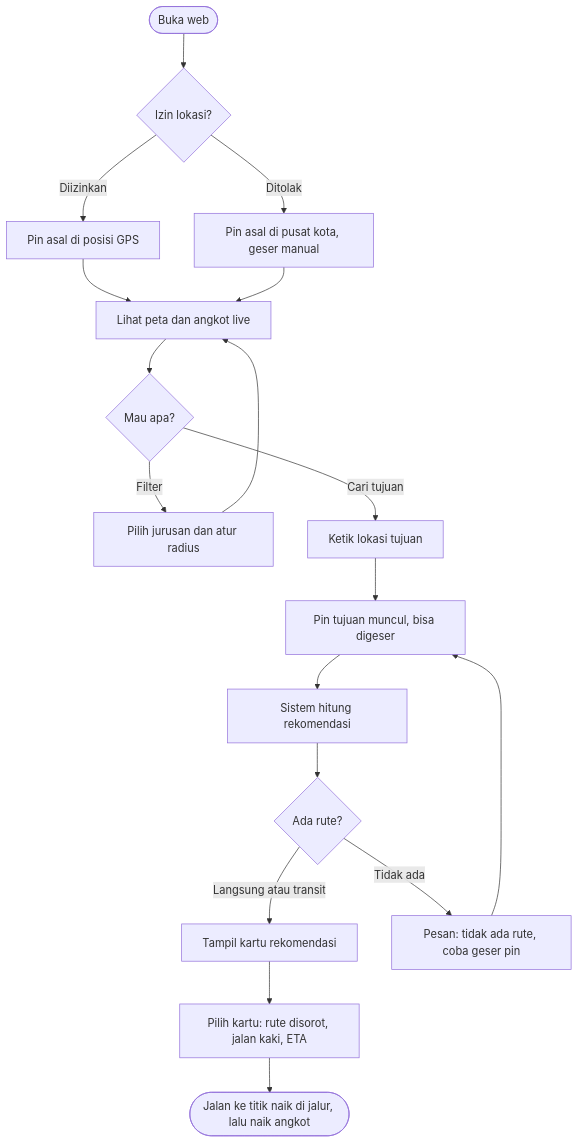
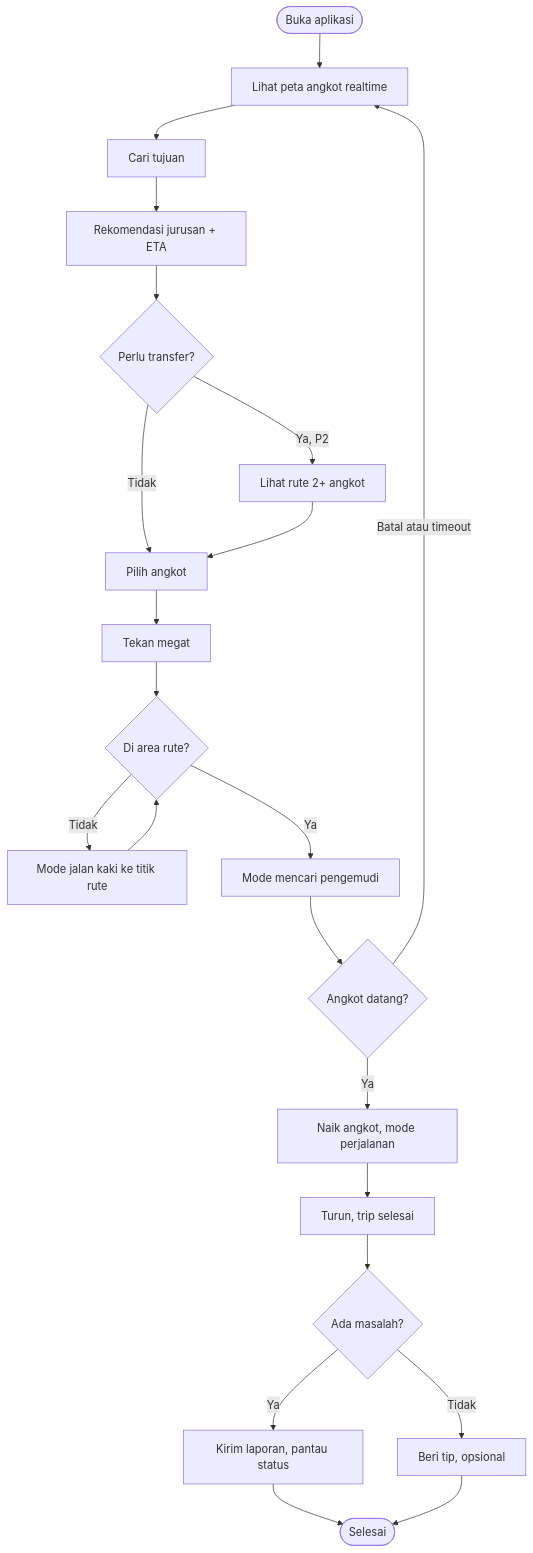
Before and after one commit to angkot-live/angkot-live: the fourth of 6 diagrams in README.md, drawn with Mermaid. The commit also changed other lines of this file, not shown here.

````diff
--- a/README.md
+++ b/README.md
@@ -229,20 +520,24 @@
 ```mermaid
 flowchart TD
-    A(["Buka web"]) --> B{"Izin lokasi?"}
-    B -->|"Diizinkan"| C["Pin asal di posisi GPS"]
-    B -->|"Ditolak"| D["Pin asal di pusat kota, geser manual"]
-    C --> E["Lihat peta dan angkot live"]
-    D --> E
-    E --> F{"Mau apa?"}
-    F -->|"Filter"| G["Pilih jurusan dan atur radius"]
-    G --> E
-    F -->|"Cari tujuan"| H["Ketik lokasi tujuan"]
-    H --> I["Pin tujuan muncul, bisa digeser"]
-    I --> J["Sistem hitung rekomendasi"]
-    J --> K{"Ada rute?"}
-    K -->|"Langsung atau transit"| L["Tampil kartu rekomendasi"]
-    K -->|"Tidak ada"| M["Pesan: tidak ada rute, coba geser pin"]
-    M --> I
-    L --> N["Pilih kartu: rute disorot, jalan kaki, ETA"]
-    N --> O(["Jalan ke titik naik di jalur, lalu naik angkot"])
+    A(["Buka aplikasi"]) --> B["Lihat peta angkot realtime"]
+    B --> C["Cari tujuan"]
+    C --> D["Rekomendasi jurusan + ETA"]
+    D --> E{"Perlu transfer?"}
+    E -->|Tidak| F["Pilih angkot"]
+    E -->|Ya, P2| G["Lihat rute 2+ angkot"]
+    G --> F
+    F --> H["Tekan megat"]
+    H --> I{"Di area rute?"}
+    I -->|Tidak| J["Mode jalan kaki ke titik rute"]
+    J --> I
+    I -->|Ya| K["Mode mencari pengemudi"]
+    K --> L{"Angkot datang?"}
+    L -->|Batal atau timeout| B
+    L -->|Ya| M["Naik angkot, mode perjalanan"]
+    M --> N["Turun, trip selesai"]
+    N --> O{"Ada masalah?"}
+    O -->|Ya| P["Kirim laporan, pantau status"]
+    O -->|Tidak| Q["Beri tip, opsional"]
+    P --> R(["Selesai"])
+    Q --> R
 ```
````
